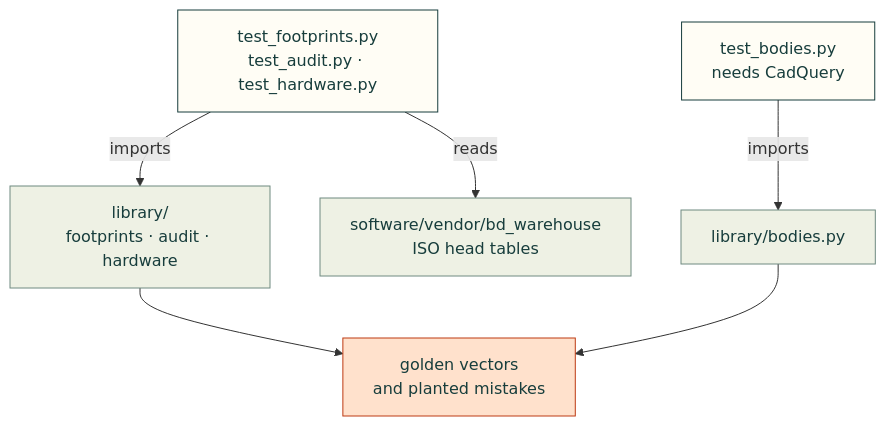
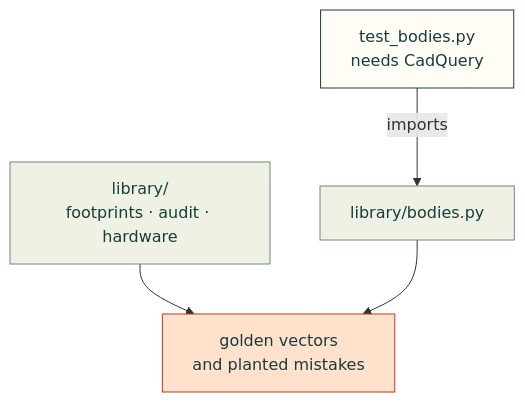
Before and after one commit to Valpatel/cad-agent: the second of 2 diagrams in tests/library/README.md, drawn with Mermaid. The commit also changed other lines of this file and 26 other files, not shown here.

Commit message:
docs(repo): make published folder diagrams readable across screen sizes

````diff
--- a/tests/library/README.md
+++ b/tests/library/README.md
@@ -8,13 +26,15 @@
 ```mermaid
 flowchart TD
-    T["test_footprints.py<br/>test_audit.py · test_hardware.py"] -->|"imports"| L["library/<br/>footprints · audit · hardware"]
-    B["test_bodies.py<br/>needs CadQuery"] -->|"imports"| BO["library/bodies.py"]
-    T -->|"reads"| V["software/vendor/bd_warehouse<br/>ISO head tables"]
-    L & BO --> O["golden vectors<br/>and planted mistakes"]
+    L["library/<br/>footprints · audit · hardware"]
+    B["test_bodies.py<br/>needs CadQuery"]
+    BO["library/bodies.py"]
+    O["golden vectors<br/>and planted mistakes"]
+    B -->|"imports"| BO
+    L & BO --> O
     classDef here fill:#fffdf5,stroke:#173d3c,color:#173d3c
     classDef near fill:#eef1e4,stroke:#6f8a80,color:#173d3c
     classDef out fill:#ffe1cc,stroke:#bd3a12,color:#173d3c
-    class T,B here
-    class L,BO,V near
+    class B here
+    class L,BO near
     class O out
 ```
````
